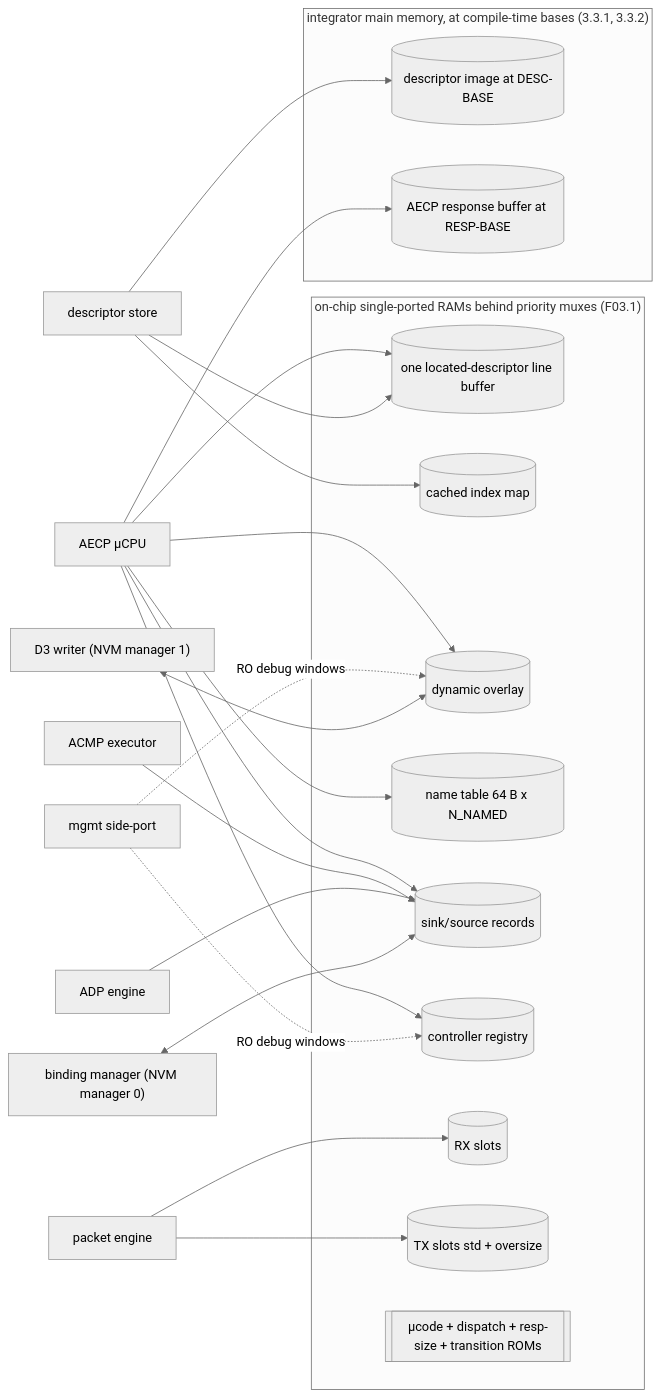
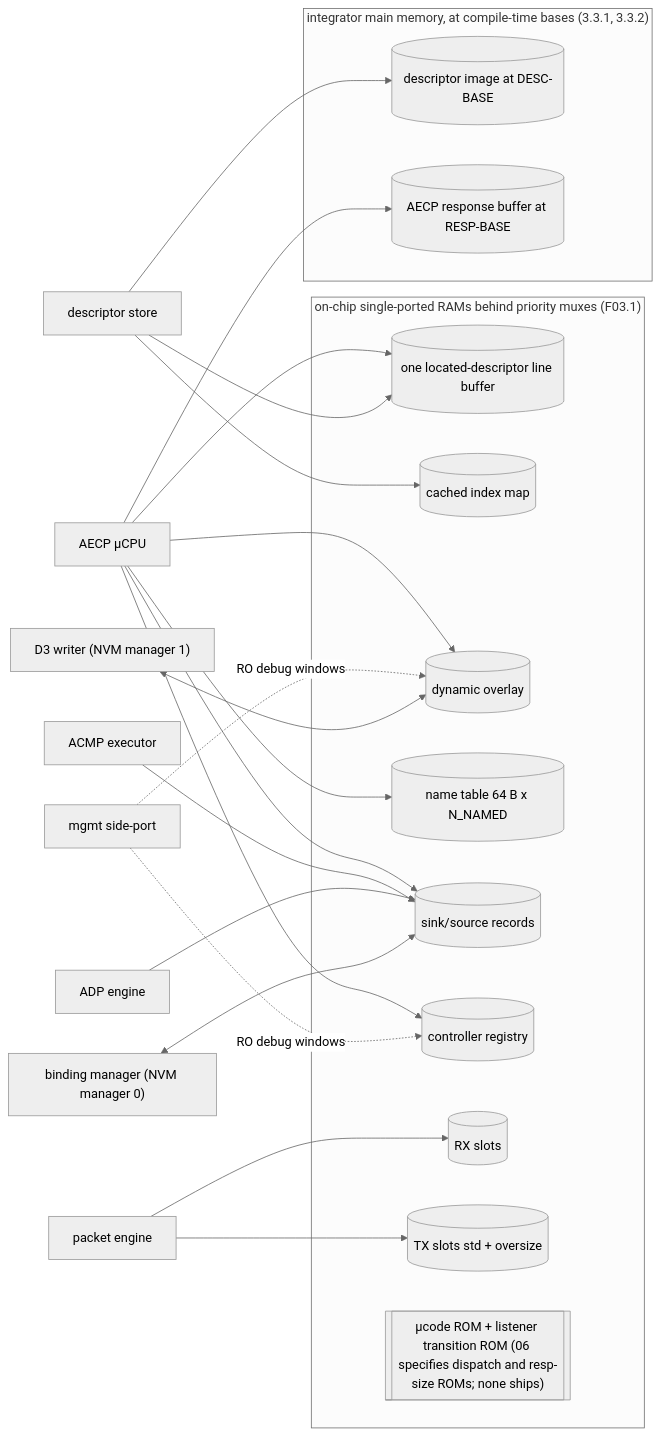
Before and after one commit to Mister-M-alt/protocol-processor-control-plane-avb-milan: the first of 3 diagrams in docs/architecture/07_memory_maps.md, drawn with Mermaid (neutral theme). The commit also changed 2 other files, not shown here.

Commit message:
List only the ROMs that ship in F07.1, and narrow the HDL guide's on-chip image row to F03.1

````diff
--- a/docs/architecture/07_memory_maps.md
+++ b/docs/architecture/07_memory_maps.md
@@ -21,28 +21,28 @@
 ```mermaid
 flowchart LR
   subgraph mainmem ["integrator main memory, at compile-time bases (3.3.1, 3.3.2)"]
     img[("descriptor image at DESC-BASE")]
     rsp[("AECP response buffer at RESP-BASE")]
   end
   subgraph rams ["on-chip single-ported RAMs behind priority muxes (F03.1)"]
     line[("one located-descriptor line buffer")]
     idx[("cached index map")]
     ovl[("dynamic overlay")]
     names[("name table 64 B x N_NAMED")]
     dyn[("sink/source records")]
     reg[("controller registry")]
     rxs[("RX slots")]
     txs[("TX slots std + oversize")]
-    ucr[["µcode + dispatch + resp-size + transition ROMs"]]
+    ucr[["µcode ROM + listener transition ROM (06 specifies dispatch and resp-size ROMs; none ships)"]]
   end
   aecp["AECP µCPU"] --> line & ovl & names & dyn & reg
   aecp --> rsp
   store["descriptor store"] --> img
   store --> line & idx
   acmp["ACMP executor"] --> dyn
   adp["ADP engine"] --> dyn
   pkt["packet engine"] --> rxs & txs
   side["mgmt side-port"] -. "RO debug windows" .-> ovl & reg
   d3w["D3 writer (NVM manager 1)"] <--> ovl
   bindm["binding manager (NVM manager 0)"] <--> dyn
 ```
````
